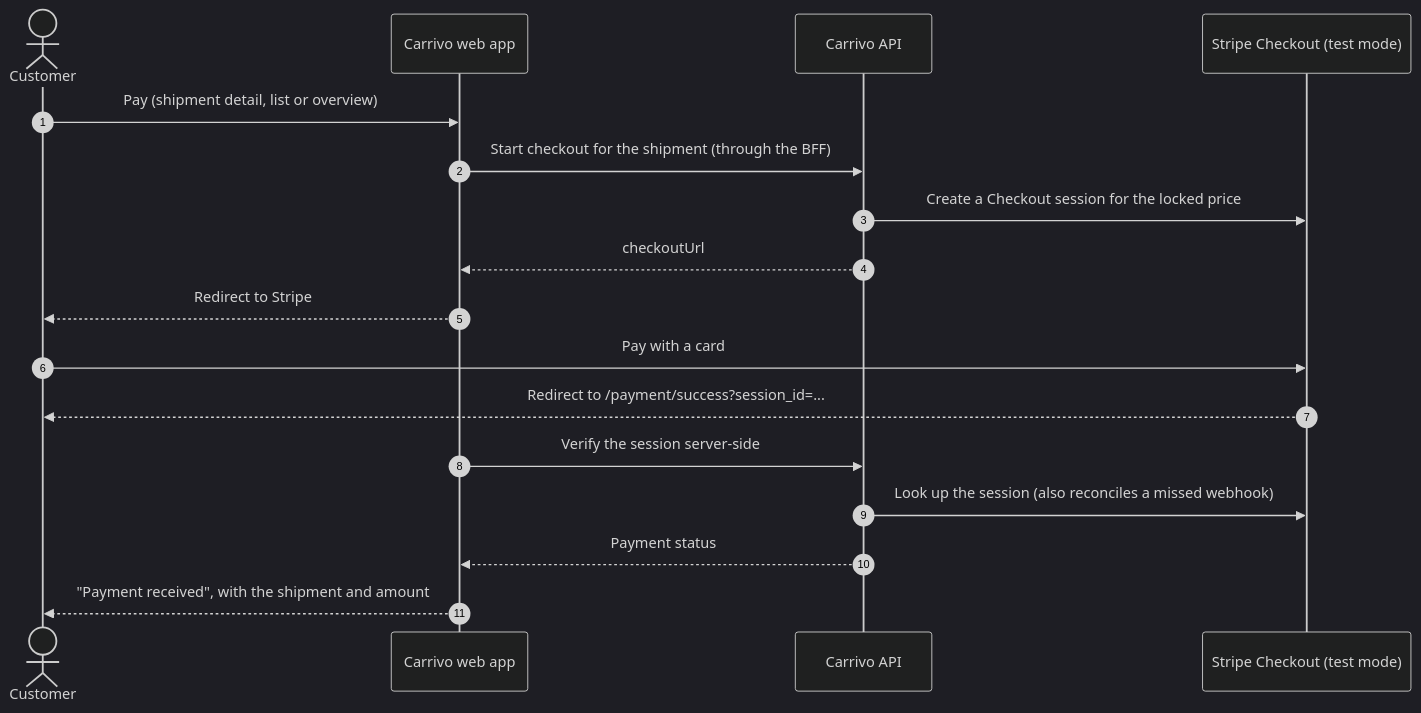
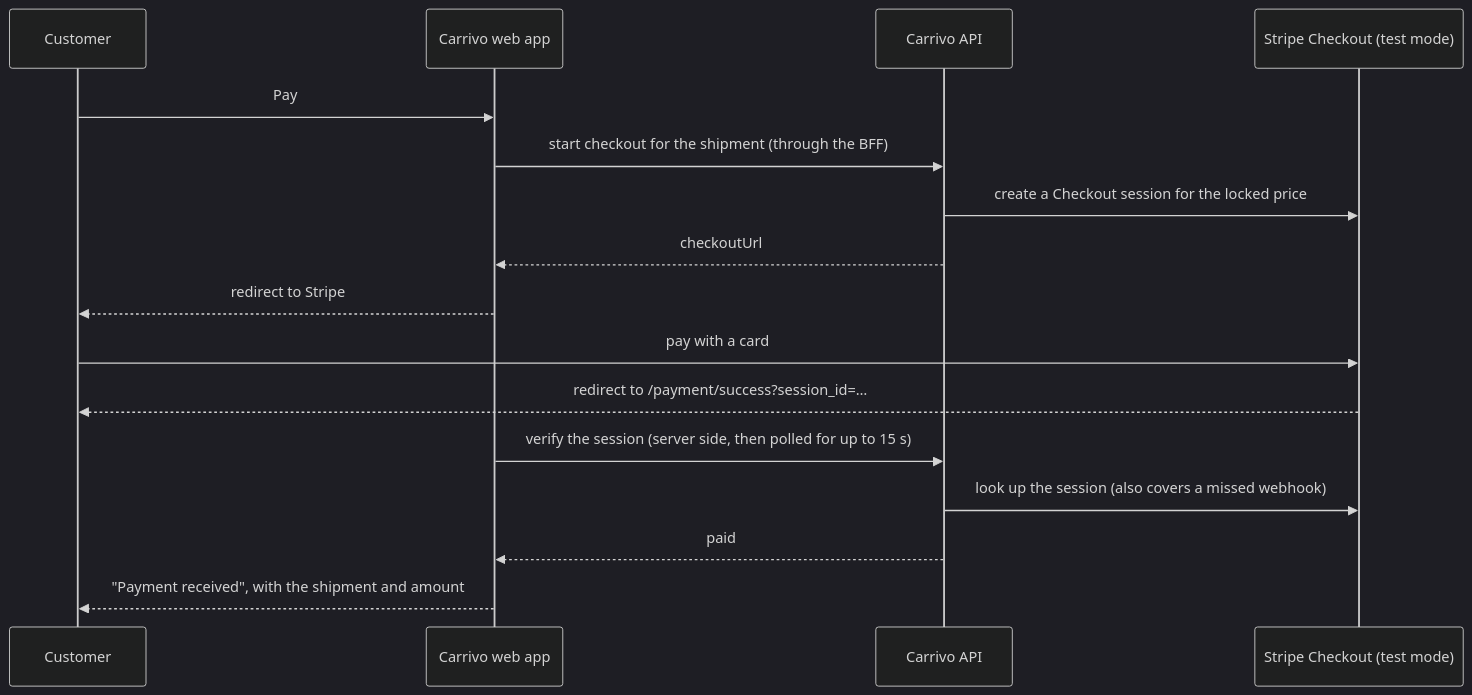
The third of 5 diagrams in README.md (Zarif207/Carrivo), drawn with Mermaid (dark theme) before and after one commit. The commit also changed other lines of this file and 34 other files, not shown here.

````diff
--- a/README.md
+++ b/README.md
@@ -338,20 +202,18 @@
 ```mermaid
 sequenceDiagram
-  autonumber
-  actor C as Customer
-  participant APP as Carrivo web app
+  participant C as Customer
+  participant W as Carrivo web app
   participant API as Carrivo API
   participant S as Stripe Checkout (test mode)
-
-  C->>APP: Pay (shipment detail, list or overview)
-  APP->>API: Start checkout for the shipment (through the BFF)
-  API->>S: Create a Checkout session for the locked price
-  API-->>APP: checkoutUrl
-  APP-->>C: Redirect to Stripe
-  C->>S: Pay with a card
-  S-->>C: Redirect to /payment/success?session_id=...
-  APP->>API: Verify the session server-side
-  API->>S: Look up the session (also reconciles a missed webhook)
-  API-->>APP: Payment status
-  APP-->>C: "Payment received", with the shipment and amount
+  C->>W: Pay
+  W->>API: start checkout for the shipment (through the BFF)
+  API->>S: create a Checkout session for the locked price
+  API-->>W: checkoutUrl
+  W-->>C: redirect to Stripe
+  C->>S: pay with a card
+  S-->>C: redirect to /payment/success?session_id=…
+  W->>API: verify the session (server side, then polled for up to 15 s)
+  API->>S: look up the session (also covers a missed webhook)
+  API-->>W: paid
+  W-->>C: "Payment received", with the shipment and amount
 ```
````
